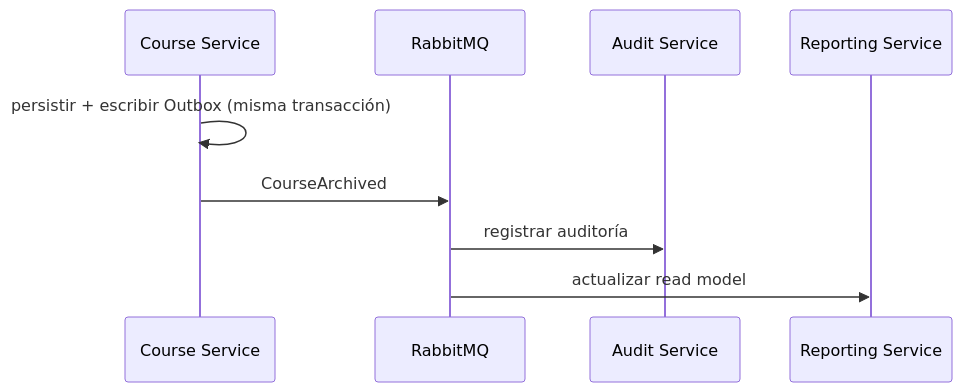
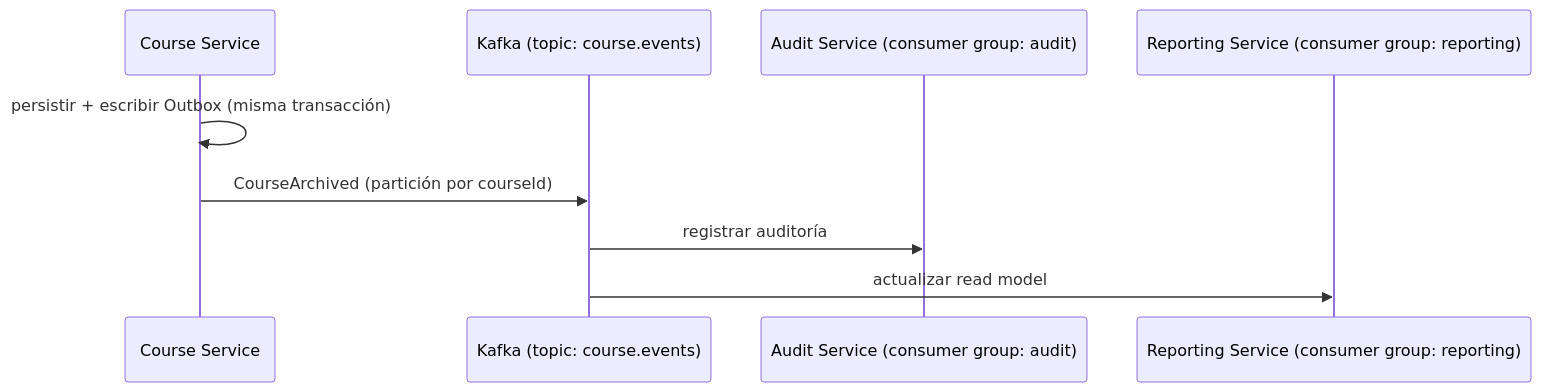
One commit to 2W2-114324-Carballo-Juarez-Mateo/backoffice-docs changed the third of 5 diagrams in docs/arquitectura/comunicacion.md. Above: the diagram before and after it, drawn with Mermaid. The commit also changed other lines of this file and 12 other files, not shown here.

````diff
--- a/docs/arquitectura/comunicacion.md
+++ b/docs/arquitectura/comunicacion.md
@@ -50,12 +50,12 @@
 ```mermaid
 sequenceDiagram
     participant CS as Course Service
-    participant RQ as RabbitMQ
-    participant AU as Audit Service
-    participant RP as Reporting Service
+    participant K as Kafka (topic: course.events)
+    participant AU as Audit Service (consumer group: audit)
+    participant RP as Reporting Service (consumer group: reporting)
 
     CS->>CS: persistir + escribir Outbox (misma transacción)
-    CS->>RQ: CourseArchived
-    RQ->>AU: registrar auditoría
-    RQ->>RP: actualizar read model
+    CS->>K: CourseArchived (partición por courseId)
+    K->>AU: registrar auditoría
+    K->>RP: actualizar read model
 ```
````
